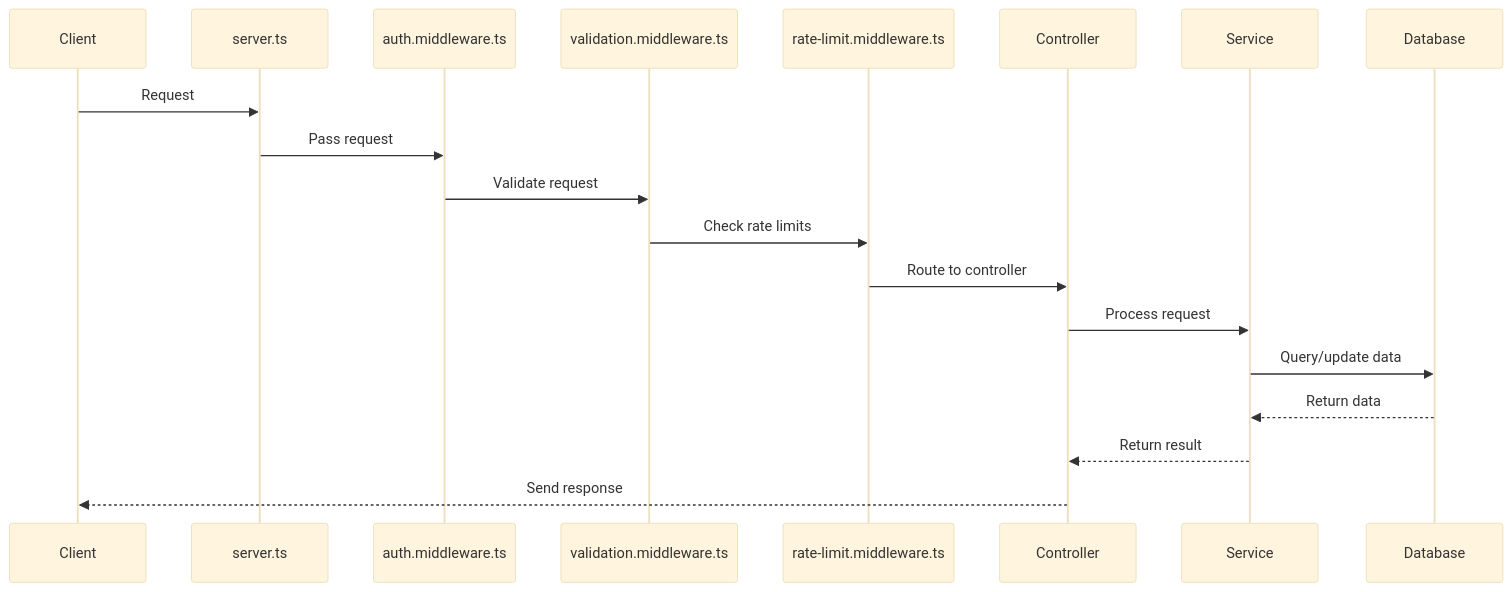
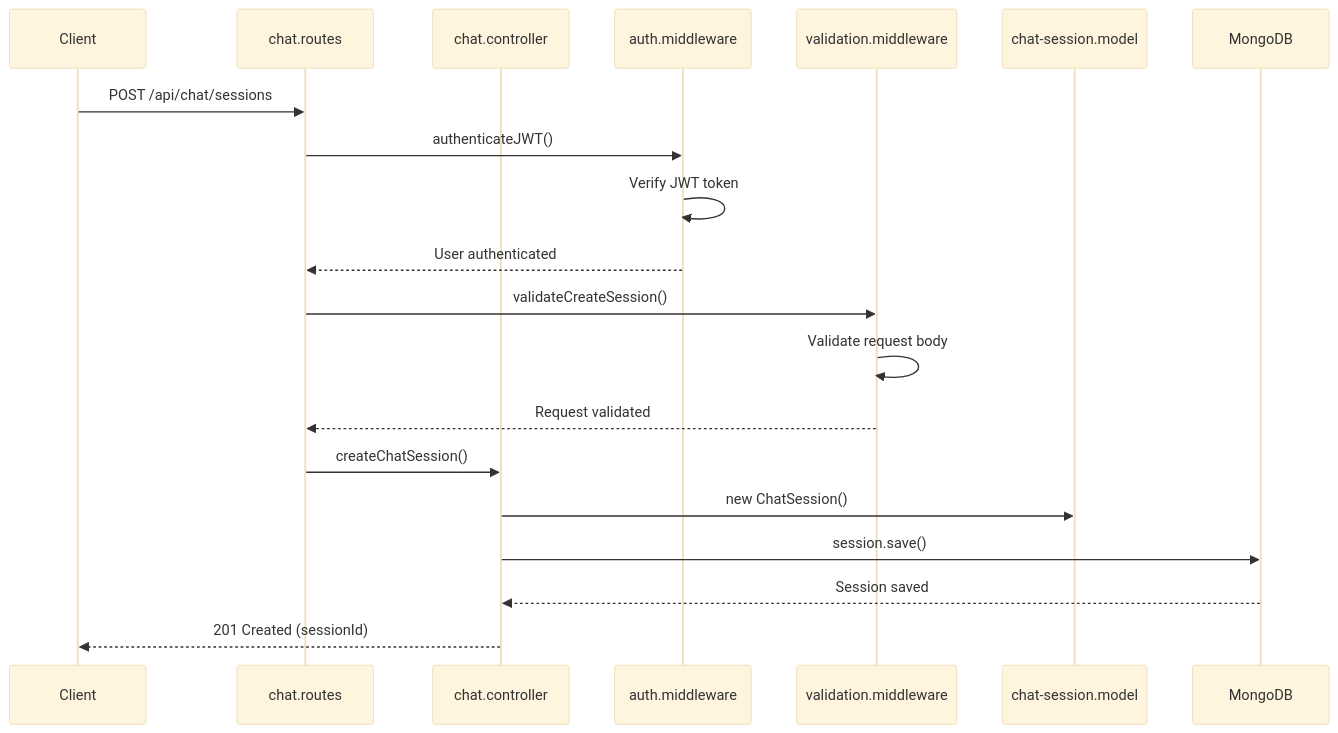
One commit to enoch-sit/tool-chatbot-boilerplate changed the second of 7 diagrams in services/chat-service/Doc/ChatServiceCodeMap.md. Above: the diagram before and after it, drawn with Mermaid (base theme). The commit also changed other lines of this file and 9 other files, not shown here.

````diff
--- a/services/chat-service/Doc/ChatServiceCodeMap.md
+++ b/services/chat-service/Doc/ChatServiceCodeMap.md
@@ -77,22 +114,25 @@
 ```mermaid
 sequenceDiagram
-    participant Client as Client
-    participant Server as server.ts
-    participant Auth as auth.middleware.ts
-    participant Validation as validation.middleware.ts
-    participant RateLimit as rate-limit.middleware.ts
-    participant Controller as Controller
-    participant Service as Service
-    participant DB as Database
+    participant Client
+    participant Routes as chat.routes
+    participant Controller as chat.controller
+    participant Auth as auth.middleware
+    participant Validation as validation.middleware
+    participant Model as chat-session.model
+    participant MongoDB
     
-    Client->>Server: Request
-    Server->>Auth: Pass request
-    Auth->>Validation: Validate request
-    Validation->>RateLimit: Check rate limits
-    RateLimit->>Controller: Route to controller
-    Controller->>Service: Process request
-    Service->>DB: Query/update data
-    DB-->>Service: Return data
-    Service-->>Controller: Return result
-    Controller-->>Client: Send response
+    Client->>Routes: POST /api/chat/sessions
+    Routes->>Auth: authenticateJWT()
+    Auth->>Auth: Verify JWT token
+    Auth-->>Routes: User authenticated
+    
+    Routes->>Validation: validateCreateSession()
+    Validation->>Validation: Validate request body
+    Validation-->>Routes: Request validated
+    
+    Routes->>Controller: createChatSession()
+    Controller->>Model: new ChatSession()
+    Controller->>MongoDB: session.save()
+    MongoDB-->>Controller: Session saved
+    Controller-->>Client: 201 Created (sessionId)
 ```
````
